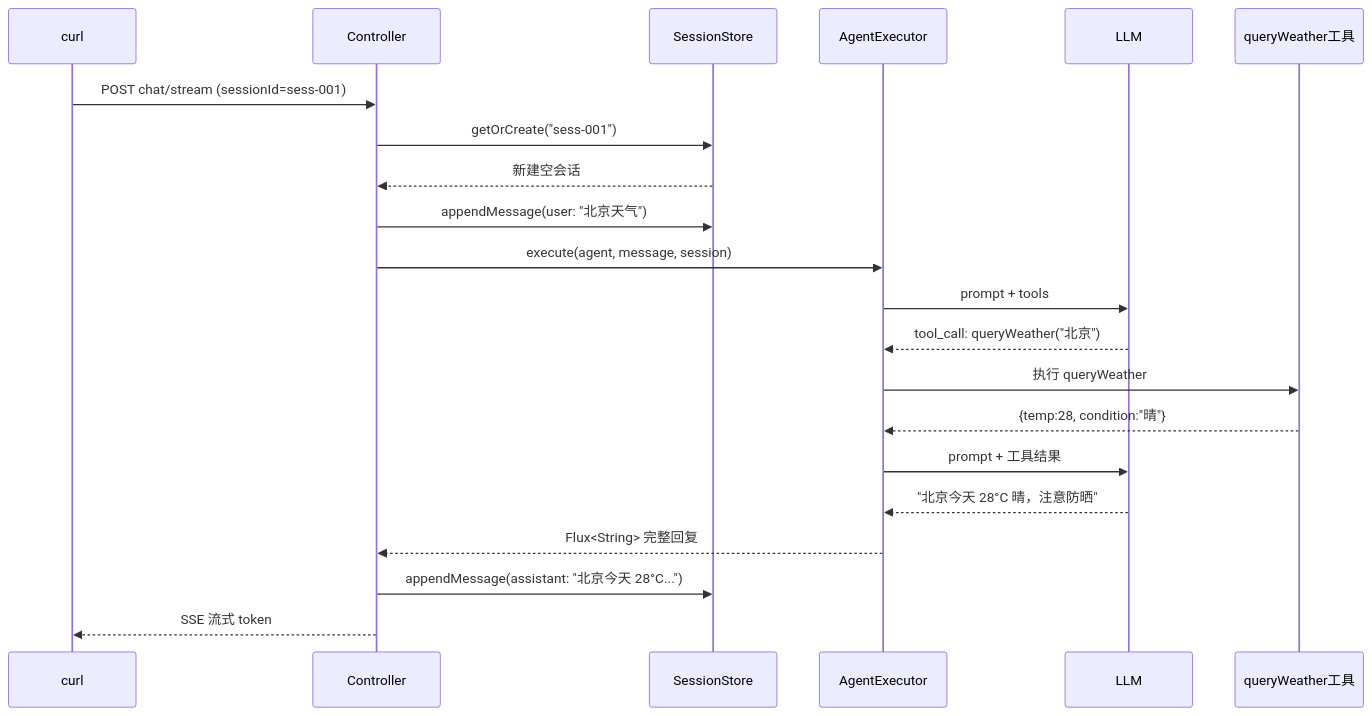
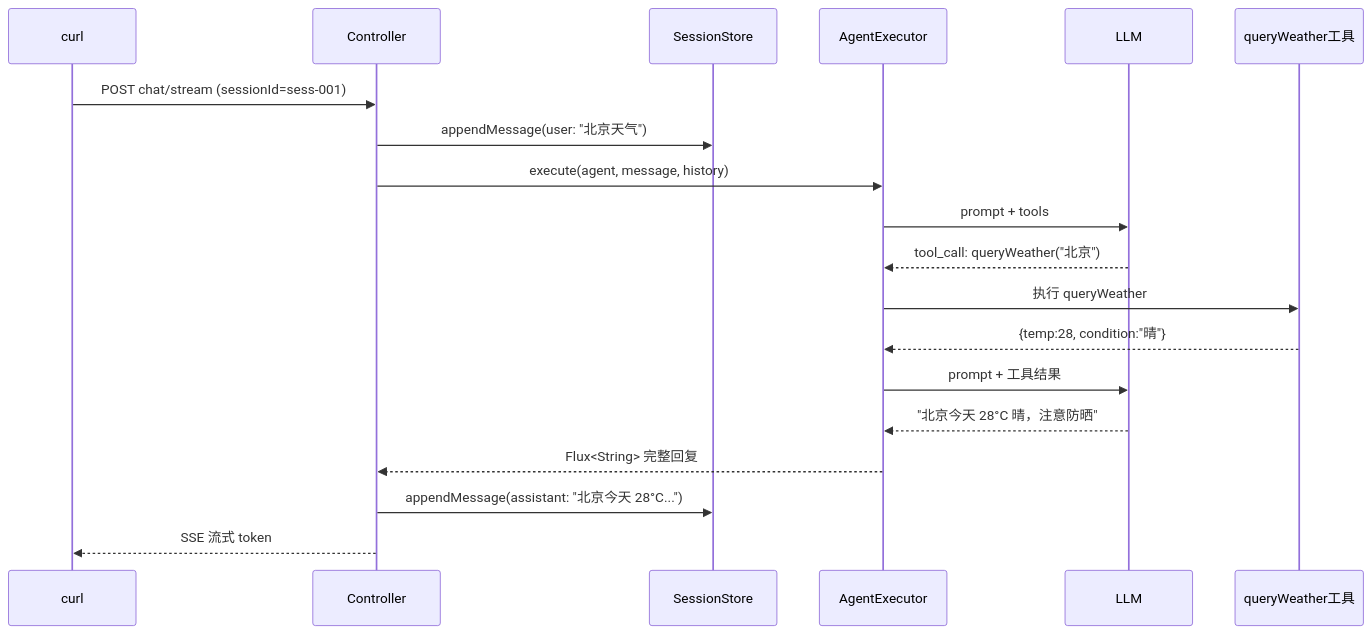
One commit to UranusGit/java-agent-learn changed the fourth of 6 diagrams in docs/项目/02-多Agent协作平台/02-迭代一-单Agent工具链.md. Above: the diagram before and after it, drawn with Mermaid. The commit also changed other lines of this file and 206 other files, not shown here.

````diff
--- a/docs/项目/02-多Agent协作平台/02-迭代一-单Agent工具链.md
+++ b/docs/项目/02-多Agent协作平台/02-迭代一-单Agent工具链.md
@@ -537,26 +618,24 @@
 ```mermaid
 sequenceDiagram
     participant U as curl
     participant C as Controller
     participant S as SessionStore
     participant E as AgentExecutor
     participant L as LLM
     participant T as queryWeather工具
 
     U->>C: POST chat/stream (sessionId=sess-001)
-    C->>S: getOrCreate("sess-001")
-    S-->>C: 新建空会话
     C->>S: appendMessage(user: "北京天气")
-    C->>E: execute(agent, message, session)
+    C->>E: execute(agent, message, history)
     E->>L: prompt + tools
 
     L-->>E: tool_call: queryWeather("北京")
     E->>T: 执行 queryWeather
     T-->>E: {temp:28, condition:"晴"}
     E->>L: prompt + 工具结果
     L-->>E: "北京今天 28°C 晴，注意防晒"
 
     E-->>C: Flux<String> 完整回复
     C->>S: appendMessage(assistant: "北京今天 28°C...")
     C-->>U: SSE 流式 token
 ```
````
